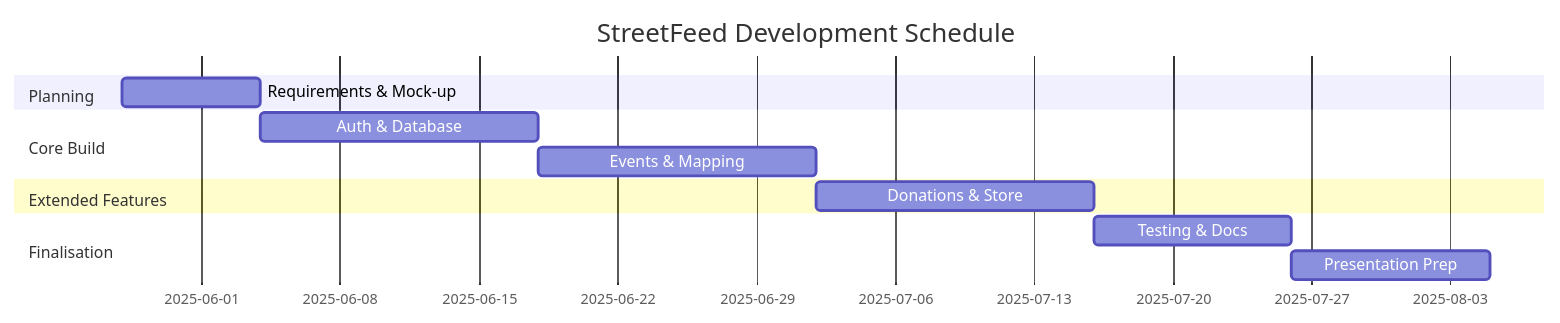
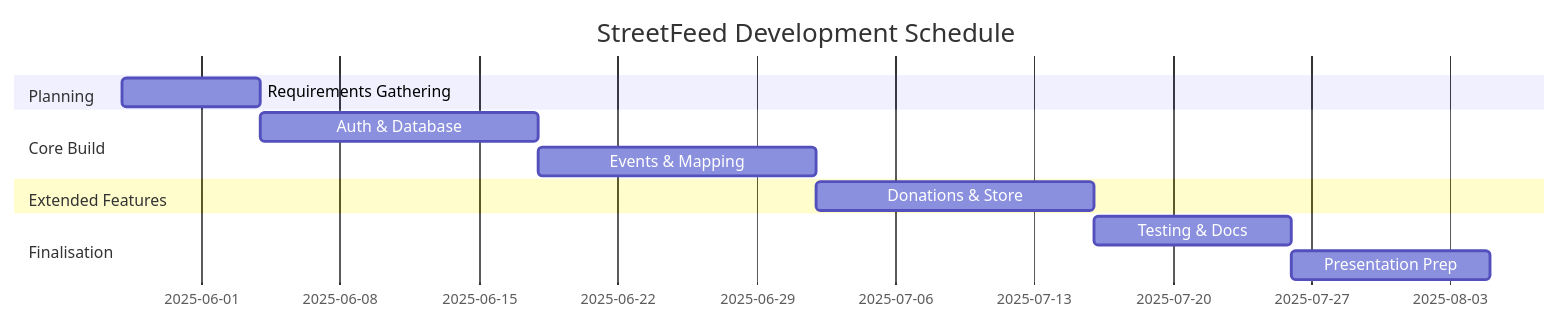
The third of 3 diagrams in proposal_defence.md (almos0002/playerjs), drawn with Mermaid before and after one commit.

````diff
--- a/proposal_defence.md
+++ b/proposal_defence.md
@@ -135,15 +135,15 @@
 ```mermaid
 gantt
 dateFormat  YYYY-MM-DD
 title StreetFeed Development Schedule
 section Planning
-Requirements & Mock-up      :a1, 2025-05-28, 7d
+Requirements Gathering      :a1, 2025-05-28, 7d
 section Core Build
 Auth & Database             :a2, 2025-06-04, 14d
 Events & Mapping            :a3, 2025-06-18, 14d
 section Extended Features
 Donations & Store           :a4, 2025-07-02, 14d
 section Finalisation
 Testing & Docs              :a5, 2025-07-16, 10d
 Presentation Prep           :a6, 2025-07-26, 10d
 ```
````
